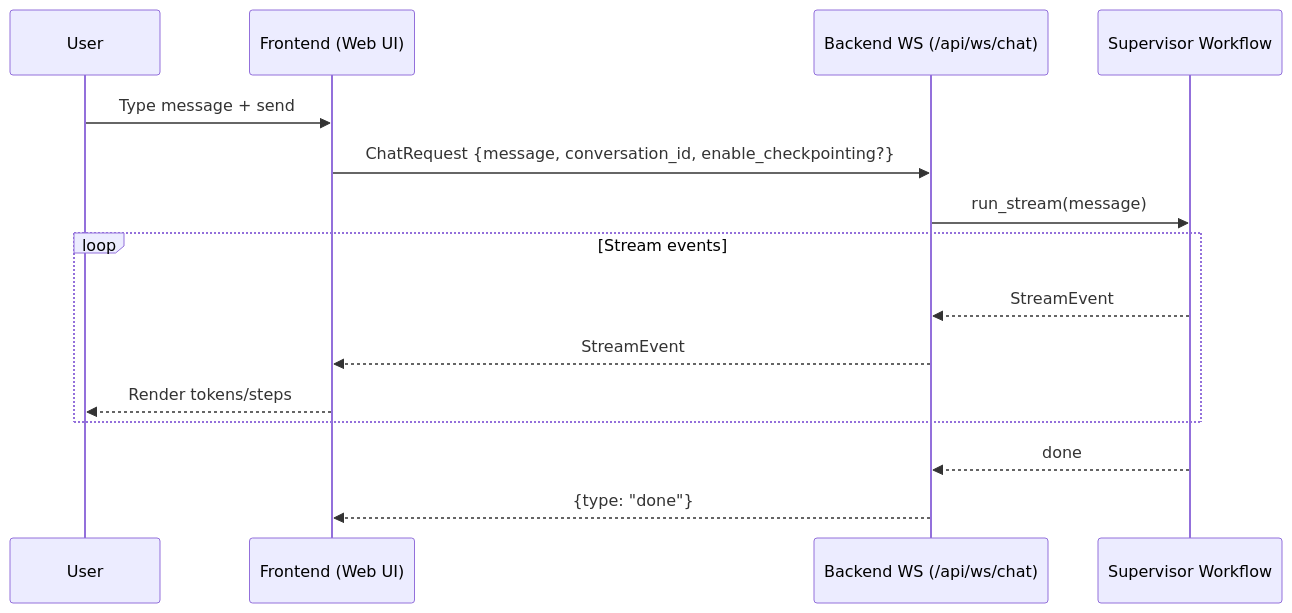
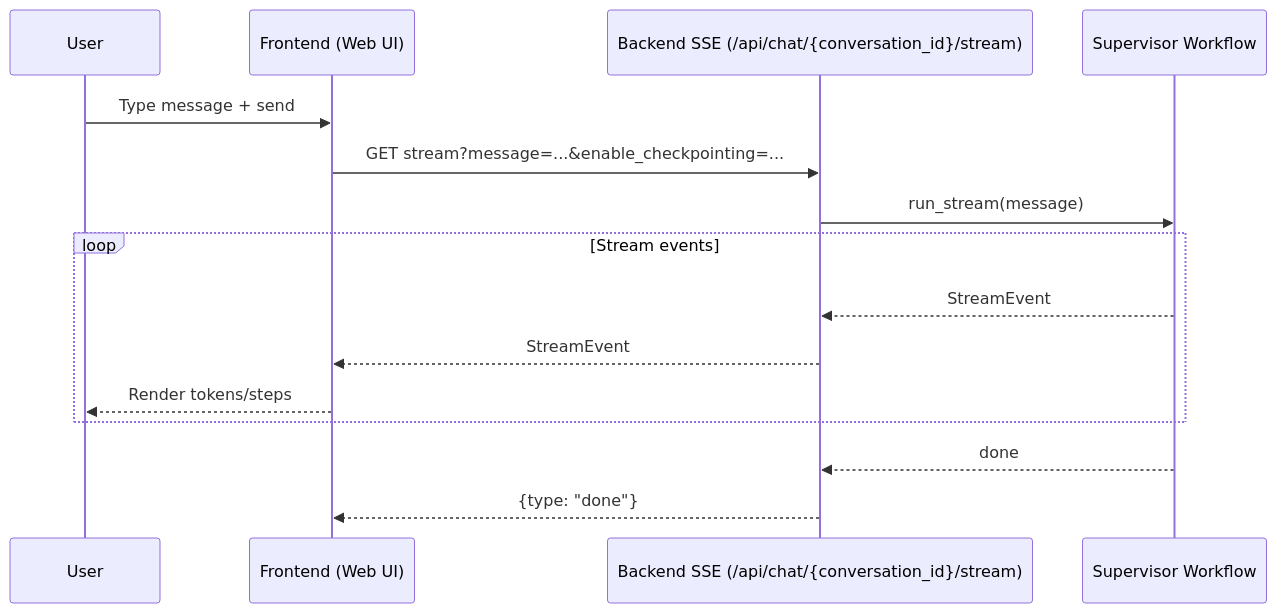
Before and after one commit to Qredence/agentic-fleet: the first of 3 diagrams in docs/users/frontend.md, drawn with Mermaid. The commit also changed other lines of this file and 33 other files, not shown here.

````diff
--- a/docs/users/frontend.md
+++ b/docs/users/frontend.md
@@ -192,20 +170,20 @@
 ```mermaid
 sequenceDiagram
 	participant U as User
 	participant FE as Frontend (Web UI)
-	participant WS as Backend WS (/api/ws/chat)
+	participant SSE as Backend SSE (/api/chat/{conversation_id}/stream)
 	participant WF as Supervisor Workflow
 
 	U->>FE: Type message + send
-	FE->>WS: ChatRequest {message, conversation_id, enable_checkpointing?}
-	WS->>WF: run_stream(message)
+	FE->>SSE: GET stream?message=...&enable_checkpointing=...
+	SSE->>WF: run_stream(message)
 
 	loop Stream events
-		WF-->>WS: StreamEvent
-		WS-->>FE: StreamEvent
+		WF-->>SSE: StreamEvent
+		SSE-->>FE: StreamEvent
 		FE-->>U: Render tokens/steps
 	end
 
-	WF-->>WS: done
-	WS-->>FE: {type: "done"}
+	WF-->>SSE: done
+	SSE-->>FE: {type: "done"}
 ```
````
